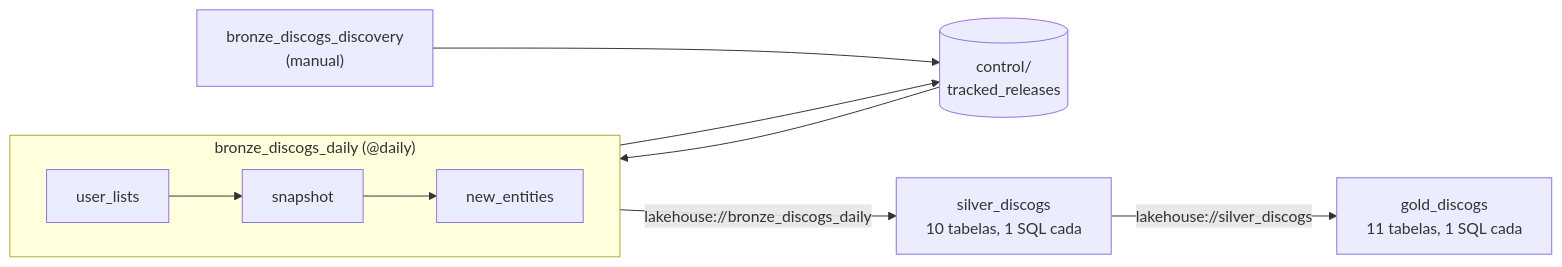
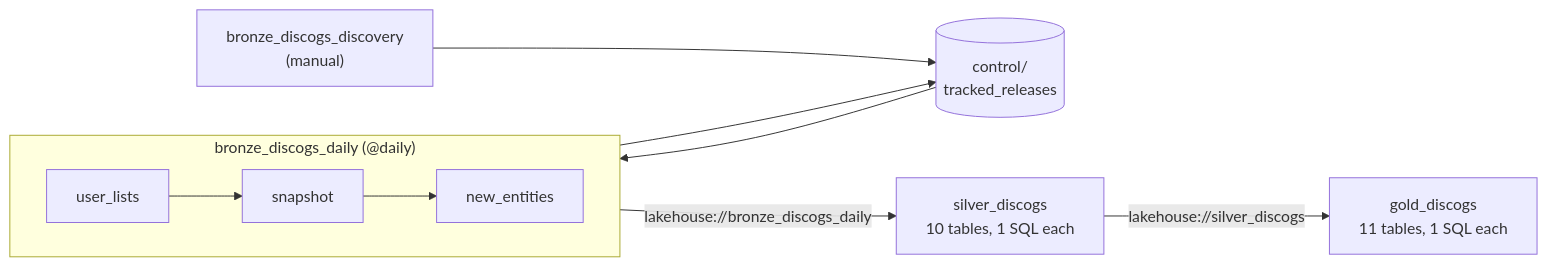
The second of 2 diagrams in README.md (VitorMusachio/discogs-data-lake), drawn with Mermaid before and after one commit. The commit also changed other lines of this file and 34 other files, not shown here.

````diff
--- a/README.md
+++ b/README.md
@@ -70,12 +71,12 @@
 ```mermaid
 flowchart LR
     disc["bronze_discogs_discovery<br/>(manual)"] --> ctl[("control/<br/>tracked_releases")]
     subgraph daily["bronze_discogs_daily (@daily)"]
         direction LR
         ul[user_lists] --> sn[snapshot] --> ne[new_entities]
     end
     ctl --> sn
     ul --> ctl
-    daily -- "lakehouse://bronze_discogs_daily" --> silver["silver_discogs<br/>10 tabelas, 1 SQL cada"]
-    silver -- "lakehouse://silver_discogs" --> gold["gold_discogs<br/>11 tabelas, 1 SQL cada"]
+    daily -- "lakehouse://bronze_discogs_daily" --> silver["silver_discogs<br/>10 tables, 1 SQL each"]
+    silver -- "lakehouse://silver_discogs" --> gold["gold_discogs<br/>11 tables, 1 SQL each"]
 ```
````
